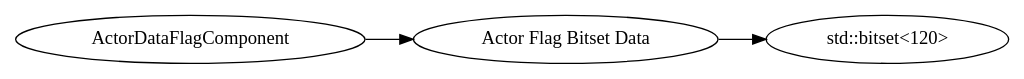
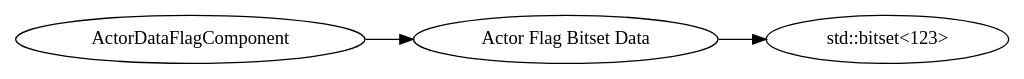
The diagram in dot/ActorDataFlagComponent.dot (Mojang/bedrock-protocol-docs), drawn with Graphviz before and after one commit. The commit also changed 39 other files, not shown here.

```diff
--- a/dot/ActorDataFlagComponent.dot
+++ b/dot/ActorDataFlagComponent.dot
@@ -1,12 +1,12 @@
 digraph "ActorDataFlagComponent" {
 rankdir = LR
 2
 2 -> 3
 3 -> 7
 
 2 [label="ActorDataFlagComponent",comment="name: \"ActorDataFlagComponent\", typeName: \"\", id: 2, branchId: 0, recurseId: -1, attributes: 0, notes: \"\""];
-3 [label="Actor Flag Bitset Data",comment="name: \"Actor Flag Bitset Data\", typeName: \"std::bitset<120>\", id: 3, branchId: 0, recurseId: -1, attributes: 256, notes: \"Bitset where the bits are indexed by ActorFlags, see ActorFlagsBitset\""];
-7 [label="std::bitset<120>",comment="name: \"std::bitset<120>\", typeName: \"\", id: 7, branchId: 0, recurseId: -1, attributes: 512, notes: \"\""];
+3 [label="Actor Flag Bitset Data",comment="name: \"Actor Flag Bitset Data\", typeName: \"std::bitset<123>\", id: 3, branchId: 0, recurseId: -1, attributes: 256, notes: \"Bitset where the bits are indexed by ActorFlags, see ActorFlagsBitset\""];
+7 [label="std::bitset<123>",comment="name: \"std::bitset<123>\", typeName: \"\", id: 7, branchId: 0, recurseId: -1, attributes: 512, notes: \"\""];
 { rank = max;7}
 
 }
```
